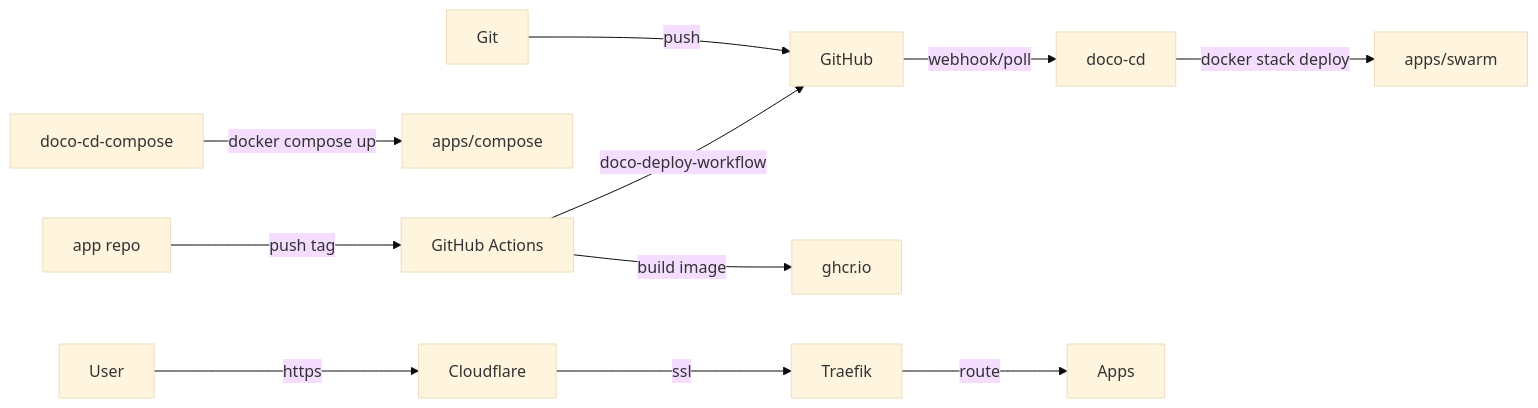
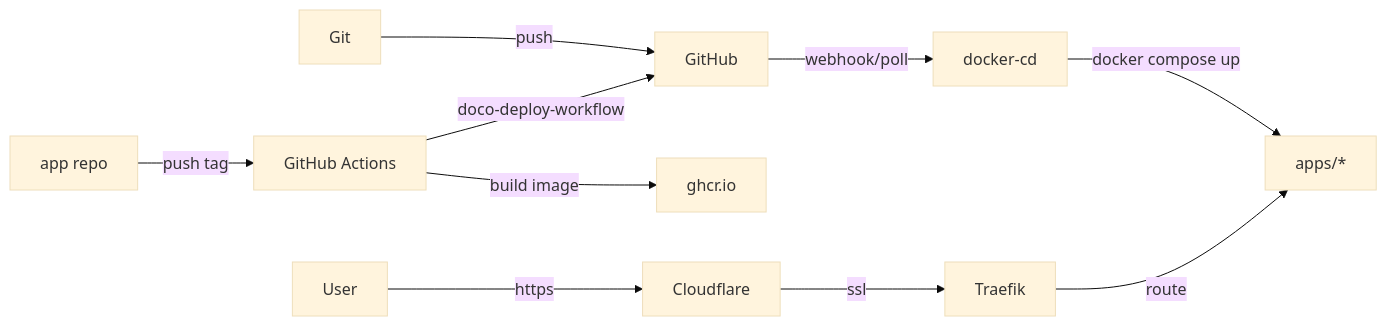
One commit to wajeht/home-ops changed the diagram in README.md. Above: the diagram before and after it, drawn with Mermaid (base theme). The commit also changed other lines of this file and 7 other files, not shown here.

````diff
--- a/README.md
+++ b/README.md
@@ -14,9 +14,8 @@
 ```mermaid
 flowchart LR
-    Git -->|push| GitHub -->|webhook/poll| doco-cd
-    doco-cd -->|docker stack deploy| Swarm[apps/swarm]
-    doco-cd-compose -->|docker compose up| Compose[apps/compose]
+    Git -->|push| GitHub -->|webhook/poll| docker-cd
+    docker-cd -->|docker compose up| Apps[apps/*]
     AppRepo[app repo] -->|push tag| Actions[GitHub Actions] -->|build image| GHCR[ghcr.io]
     Actions -->|doco-deploy-workflow| GitHub
     User -->|https| Cloudflare -->|ssl| Traefik -->|route| Apps
 ```
````
